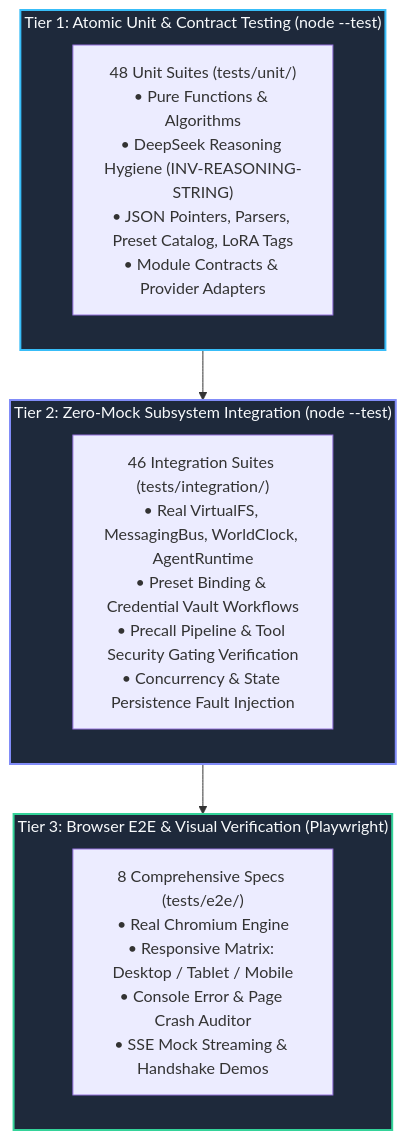
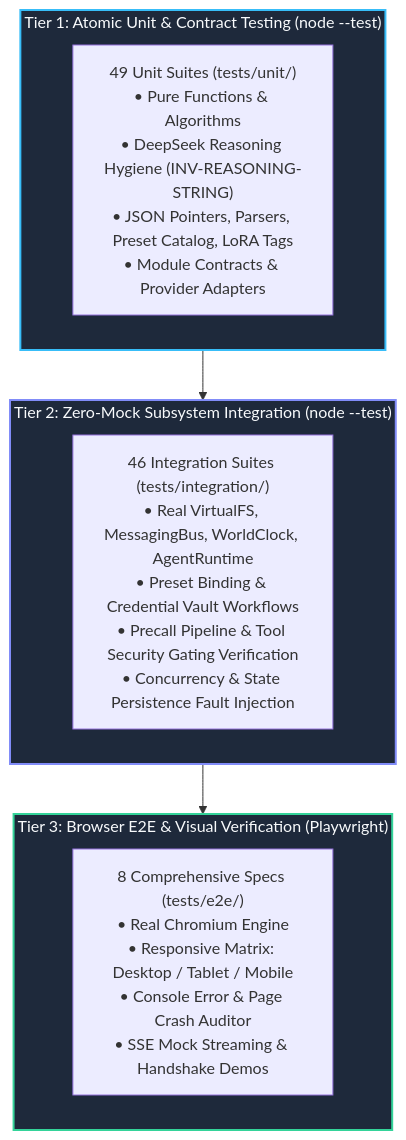
One commit to crestfallnafterdark/nightcurtain changed the first of 3 diagrams in docs/testing/testing_strategy.md. Above: the diagram before and after it, drawn with Mermaid. The commit also changed other lines of this file and 4 other files, not shown here.

````diff
--- a/docs/testing/testing_strategy.md
+++ b/docs/testing/testing_strategy.md
@@ -15,24 +15,24 @@
 ```mermaid
 graph TD
     subgraph L3["Tier 3: Browser E2E & Visual Verification (Playwright)"]
         E2E["8 Comprehensive Specs (tests/e2e/)<br/>• Real Chromium Engine<br/>• Responsive Matrix: Desktop / Tablet / Mobile<br/>• Console Error & Page Crash Auditor<br/>• SSE Mock Streaming & Handshake Demos"]
     end
 
     subgraph L2["Tier 2: Zero-Mock Subsystem Integration (node --test)"]
         INT["46 Integration Suites (tests/integration/)<br/>• Real VirtualFS, MessagingBus, WorldClock, AgentRuntime<br/>• Preset Binding & Credential Vault Workflows<br/>• Precall Pipeline & Tool Security Gating Verification<br/>• Concurrency & State Persistence Fault Injection"]
     end
 
     subgraph L1["Tier 1: Atomic Unit & Contract Testing (node --test)"]
-        UNIT["48 Unit Suites (tests/unit/)<br/>• Pure Functions & Algorithms<br/>• DeepSeek Reasoning Hygiene (INV-REASONING-STRING)<br/>• JSON Pointers, Parsers, Preset Catalog, LoRA Tags<br/>• Module Contracts & Provider Adapters"]
+        UNIT["49 Unit Suites (tests/unit/)<br/>• Pure Functions & Algorithms<br/>• DeepSeek Reasoning Hygiene (INV-REASONING-STRING)<br/>• JSON Pointers, Parsers, Preset Catalog, LoRA Tags<br/>• Module Contracts & Provider Adapters"]
     end
 
     L1 --> L2
     L2 --> L3
 
     classDef l1 fill:#1e293b,stroke:#38bdf8,stroke-width:2px,color:#f8fafc;
     classDef l2 fill:#1e293b,stroke:#818cf8,stroke-width:2px,color:#f8fafc;
     classDef l3 fill:#1e293b,stroke:#34d399,stroke-width:2px,color:#f8fafc;
     class L1 l1;
     class L2 l2;
     class L3 l3;
 ```
````
